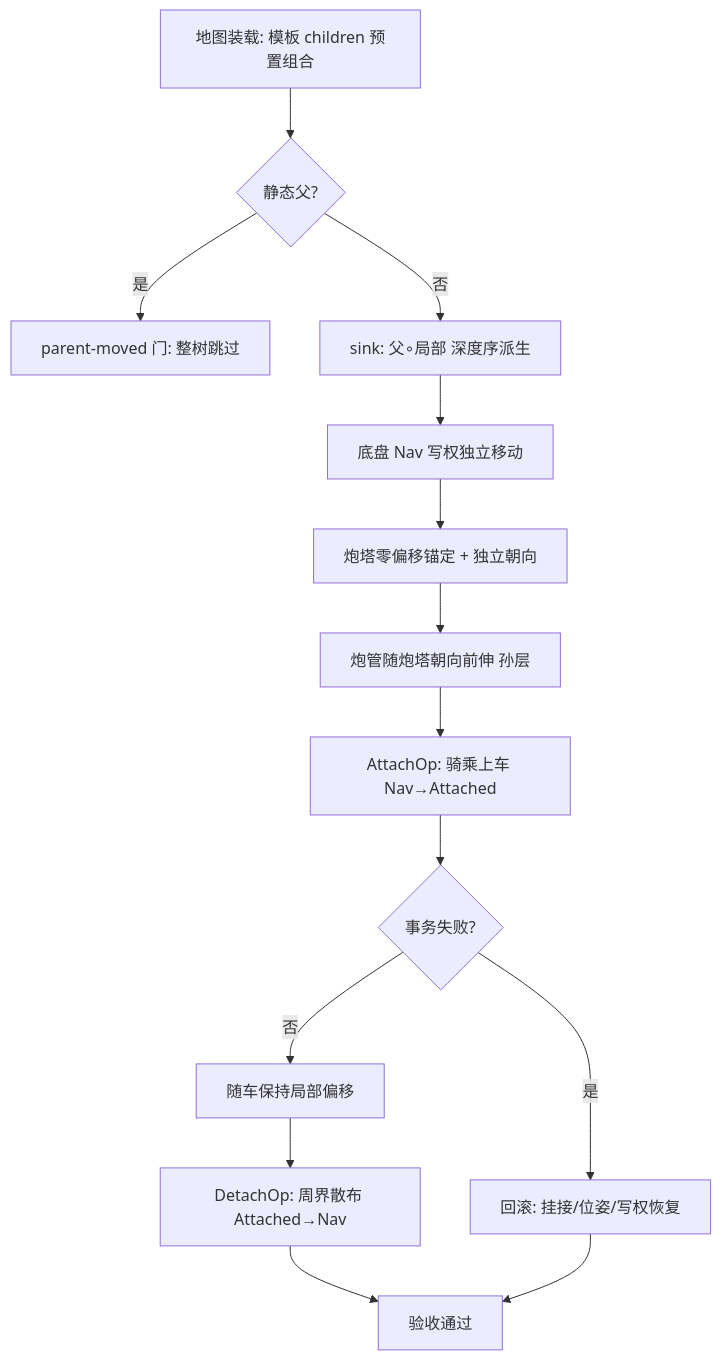
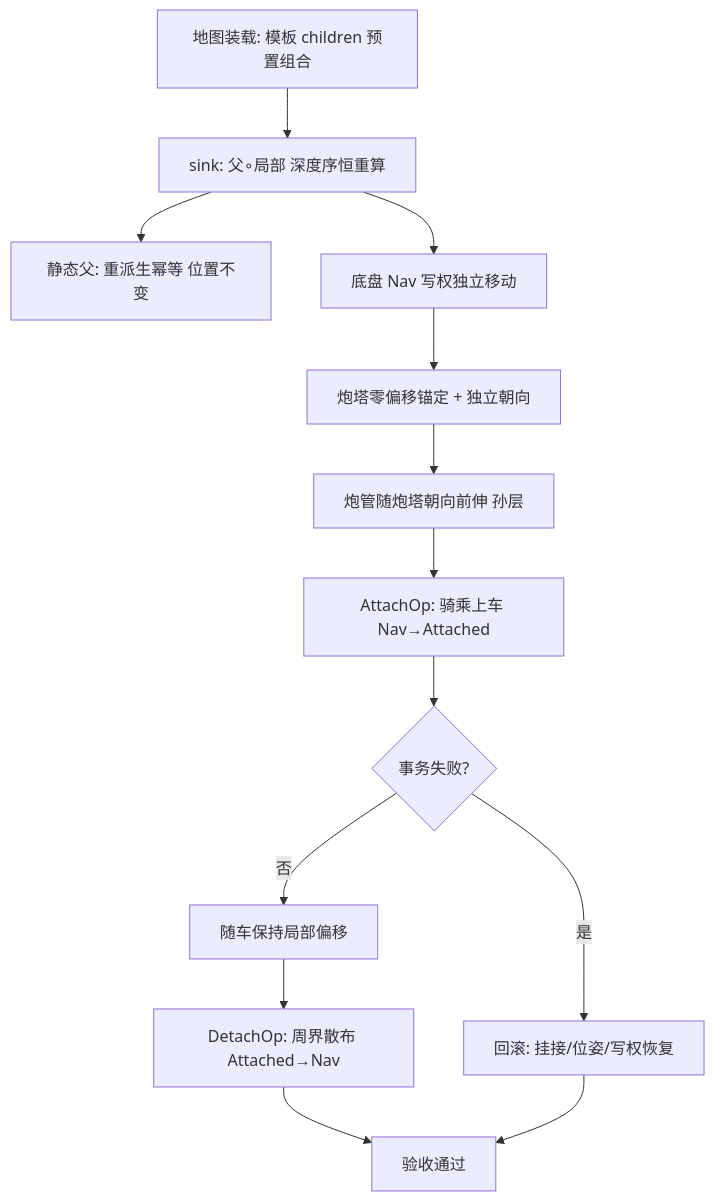
Before and after one commit to MightyBubble/Ludots: the diagram in artifacts/acceptance/entity-attachment/path.mmd, drawn with Mermaid. The commit also changed 13 other files, not shown here.

First line of the commit message:
fix(attachment): #1064 审计修正——sink 恒重算取代 parent-moved 门；挂接链唯一 mass nav 成员身份挂起/恢复

```diff
--- a/artifacts/acceptance/entity-attachment/path.mmd
+++ b/artifacts/acceptance/entity-attachment/path.mmd
@@ -1,14 +1,13 @@
 flowchart TD
-    A[地图装载: 模板 children 预置组合] --> B{静态父?}
-    B -- 是 --> C[parent-moved 门: 整树跳过]
-    B -- 否 --> D[sink: 父∘局部 深度序派生]
+    A[地图装载: 模板 children 预置组合] --> D[sink: 父∘局部 深度序恒重算]
+    D --> D2[静态父: 重派生幂等 位置不变]
     D --> E[底盘 Nav 写权独立移动]
     E --> F[炮塔零偏移锚定 + 独立朝向]
     F --> G[炮管随炮塔朝向前伸 孙层]
     G --> H[AttachOp: 骑乘上车 Nav→Attached]
     H --> I{事务失败?}
     I -- 是 --> J[回滚: 挂接/位姿/写权恢复]
     I -- 否 --> K[随车保持局部偏移]
     K --> L[DetachOp: 周界散布 Attached→Nav]
     L --> M[验收通过]
     J --> M
```
